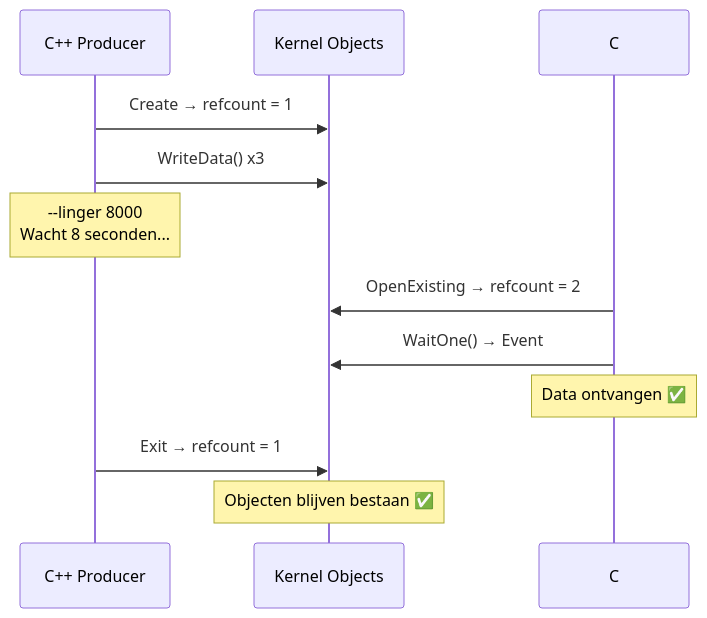
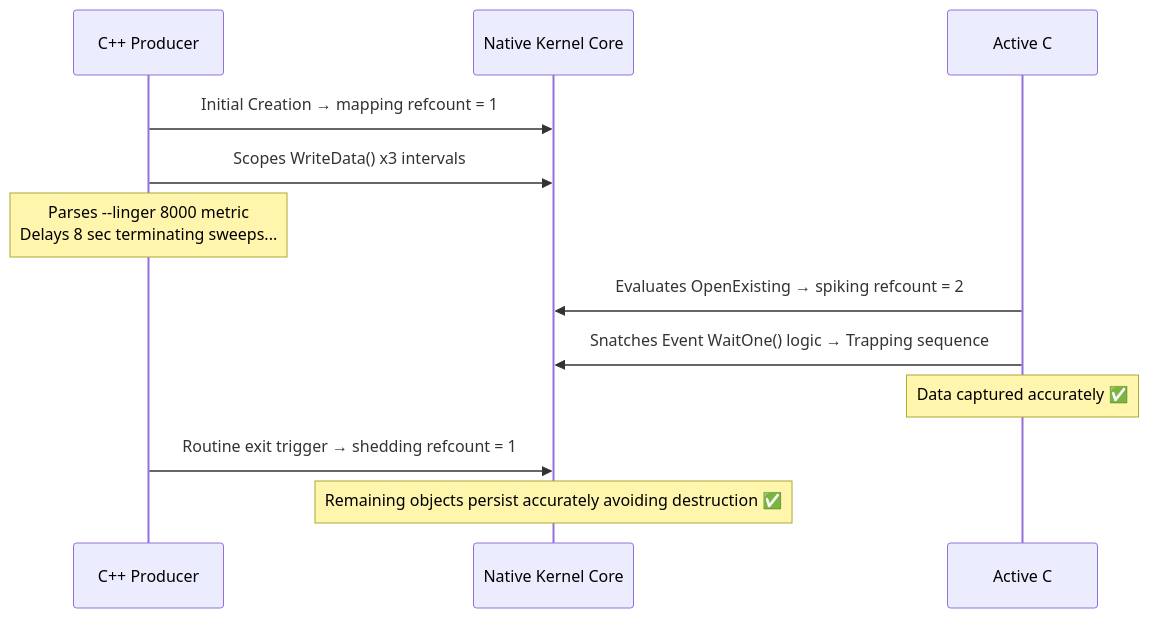
Diagram 15 of 23 in SharedValueV3_MemMap/ARCHITECTURE.md (snodeplannen/sharedvar), drawn with Mermaid before and after one commit. The commit also changed other lines of this file and 90 other files, not shown here.

````diff
--- a/SharedValueV3_MemMap/ARCHITECTURE.md
+++ b/SharedValueV3_MemMap/ARCHITECTURE.md
@@ -516,15 +516,15 @@
 ```mermaid
 sequenceDiagram
     participant P as C++ Producer
-    participant K as Kernel Objects
-    participant C as C# Consumer
+    participant K as Native Kernel Core
+    participant C as Active C# Consumer
 
-    P->>K: Create → refcount = 1
-    P->>K: WriteData() x3
-    Note over P: --linger 8000<br/>Wacht 8 seconden...
-    C->>K: OpenExisting → refcount = 2
-    C->>K: WaitOne() → Event #3
-    Note over C: Data ontvangen ✅
-    P->>K: Exit → refcount = 1
-    Note over K: Objecten blijven bestaan ✅
+    P->>K: Initial Creation → mapping refcount = 1
+    P->>K: Scopes WriteData() x3 intervals
+    Note over P: Parses --linger 8000 metric<br/>Delays 8 sec terminating sweeps...
+    C->>K: Evaluates OpenExisting → spiking refcount = 2
+    C->>K: Snatches Event WaitOne() logic → Trapping sequence #3 natively
+    Note over C: Data captured accurately ✅
+    P->>K: Routine exit trigger → shedding refcount = 1
+    Note over K: Remaining objects persist accurately avoiding destruction ✅
 ```
````
